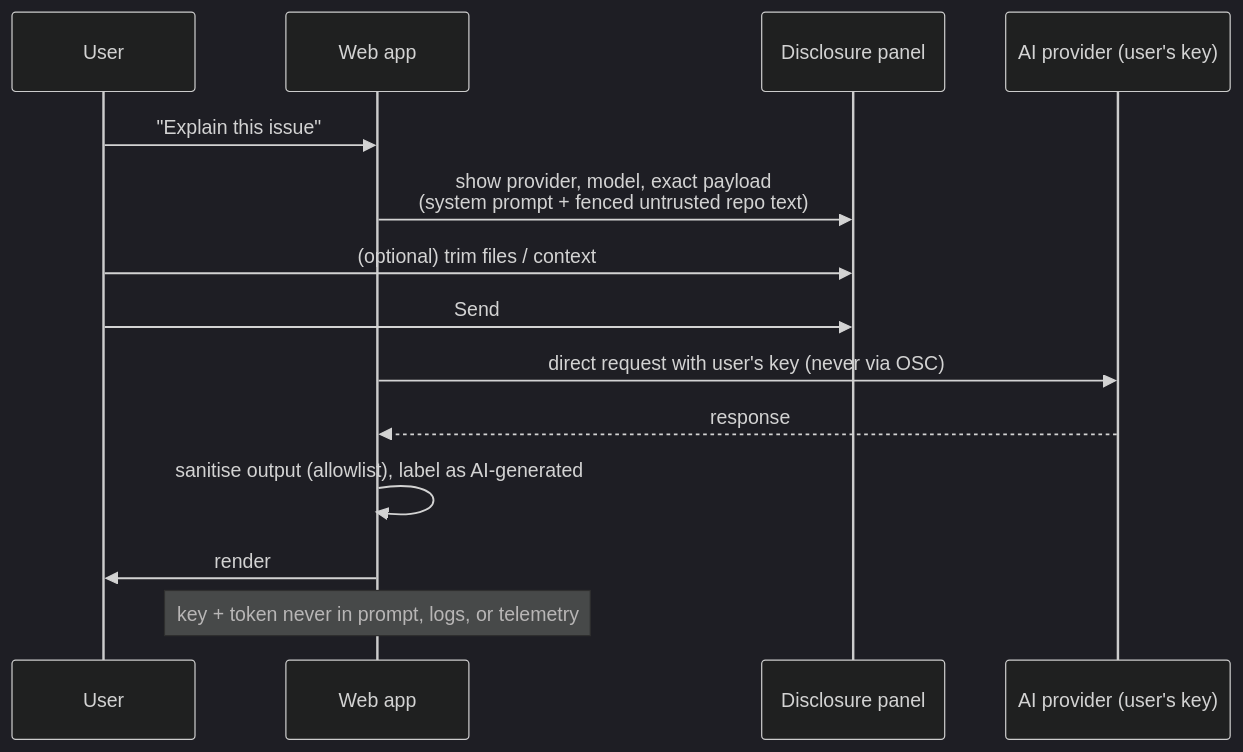
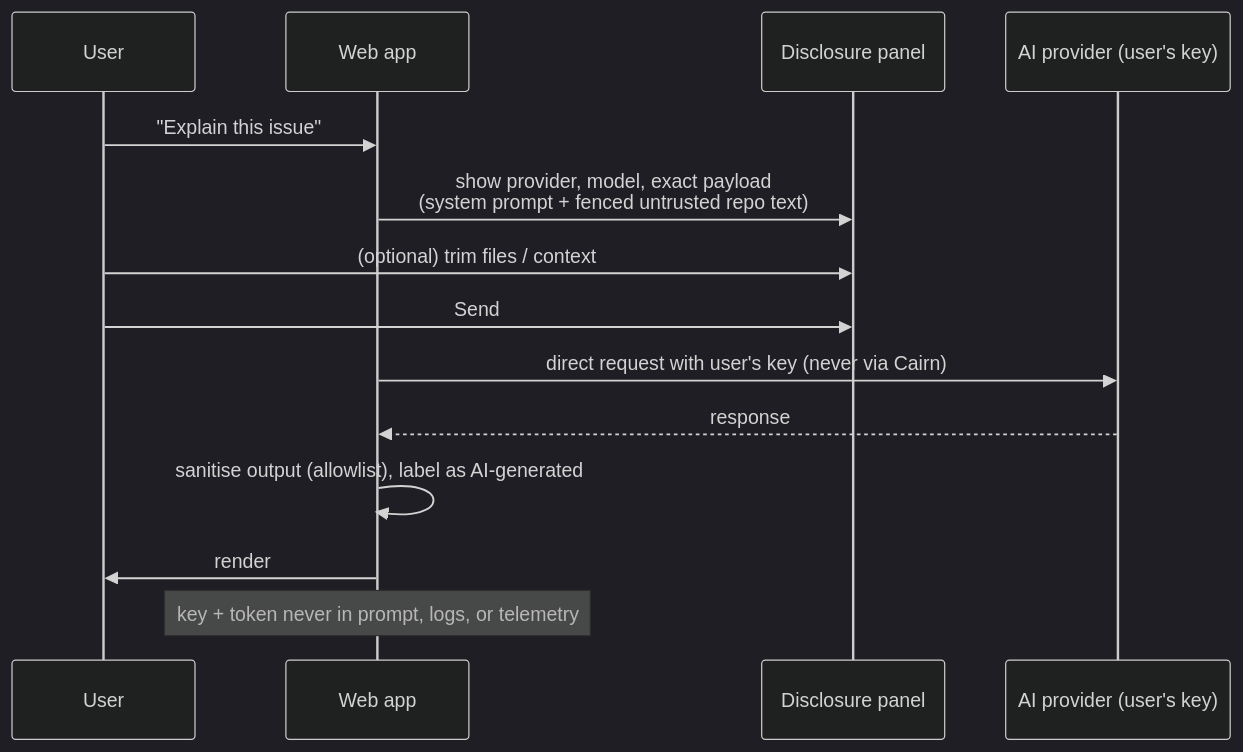
Before and after one commit to MahmoudNasserGouda/cairn: the fifth of 7 diagrams in ARCHITECTURE.md, drawn with Mermaid (dark theme). The commit also changed other lines of this file and 76 other files, not shown here.

````diff
--- a/ARCHITECTURE.md
+++ b/ARCHITECTURE.md
@@ -201,17 +201,17 @@
 ```mermaid
 sequenceDiagram
     participant U as User
     participant App as Web app
     participant D as Disclosure panel
     participant Prov as AI provider (user's key)
 
     U->>App: "Explain this issue"
     App->>D: show provider, model, exact payload<br/>(system prompt + fenced untrusted repo text)
     U->>D: (optional) trim files / context
     U->>D: Send
-    App->>Prov: direct request with user's key (never via OSC)
+    App->>Prov: direct request with user's key (never via Cairn)
     Prov-->>App: response
     App->>App: sanitise output (allowlist), label as AI-generated
     App->>U: render
     Note over App: key + token never in prompt, logs, or telemetry
 ```
````
